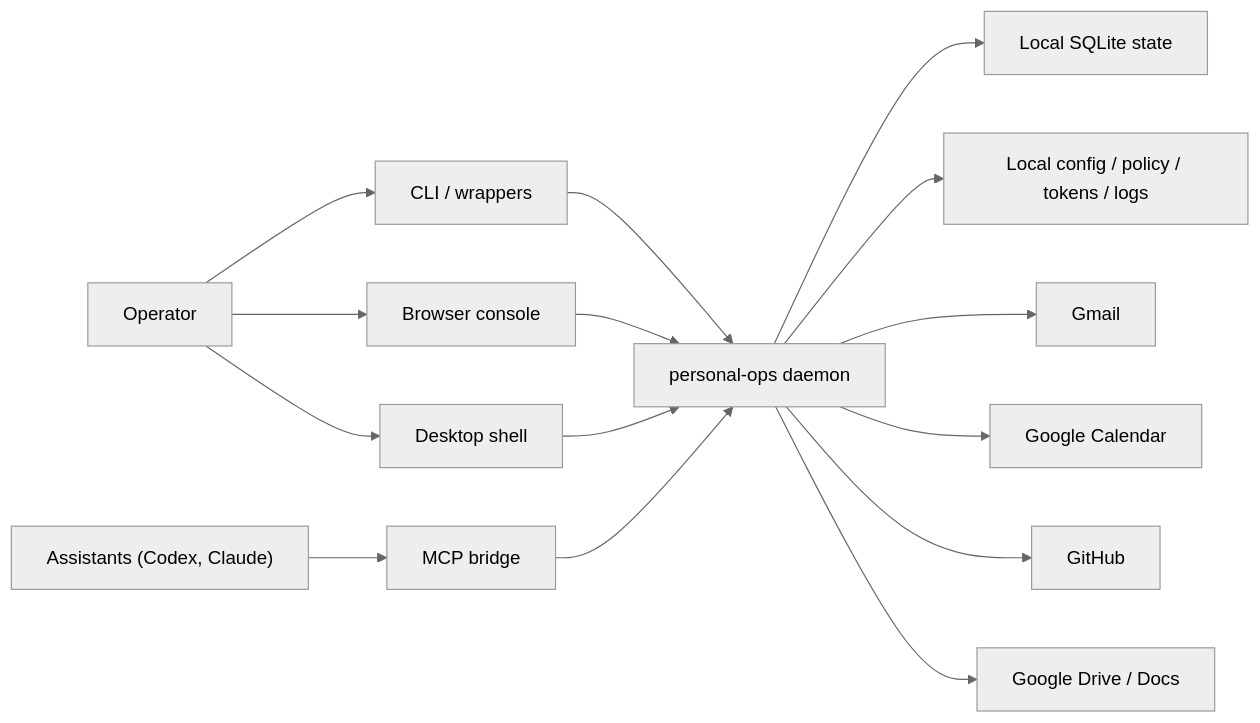
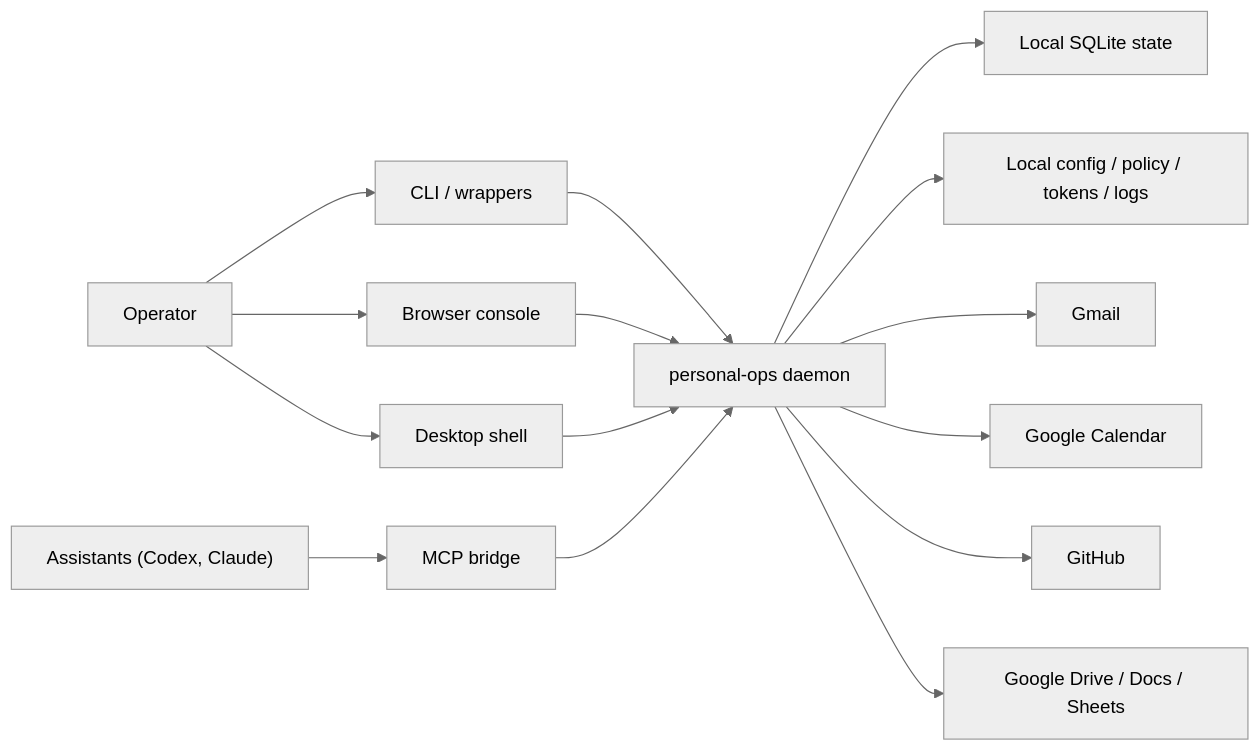
The diagram in ARCHITECTURE.md (saagpatel/personal-ops), drawn with Mermaid (neutral theme) before and after one commit. The commit also changed other lines of this file and 27 other files, not shown here.

First line of the commit message:
feat(drive): broaden Google context with Sheets previews

````diff
--- a/ARCHITECTURE.md
+++ b/ARCHITECTURE.md
@@ -34,17 +34,17 @@
 ```mermaid
 flowchart LR
   operator["Operator"] --> cli["CLI / wrappers"]
   operator --> console["Browser console"]
   operator --> desktop["Desktop shell"]
   assistants["Assistants (Codex, Claude)"] --> mcp["MCP bridge"]
   cli --> service["personal-ops daemon"]
   console --> service
   desktop --> service
   mcp --> service
   service --> db["Local SQLite state"]
   service --> config["Local config / policy / tokens / logs"]
   service --> gmail["Gmail"]
   service --> calendar["Google Calendar"]
   service --> github["GitHub"]
-  service --> drive["Google Drive / Docs"]
+  service --> drive["Google Drive / Docs / Sheets"]
 ```
````
